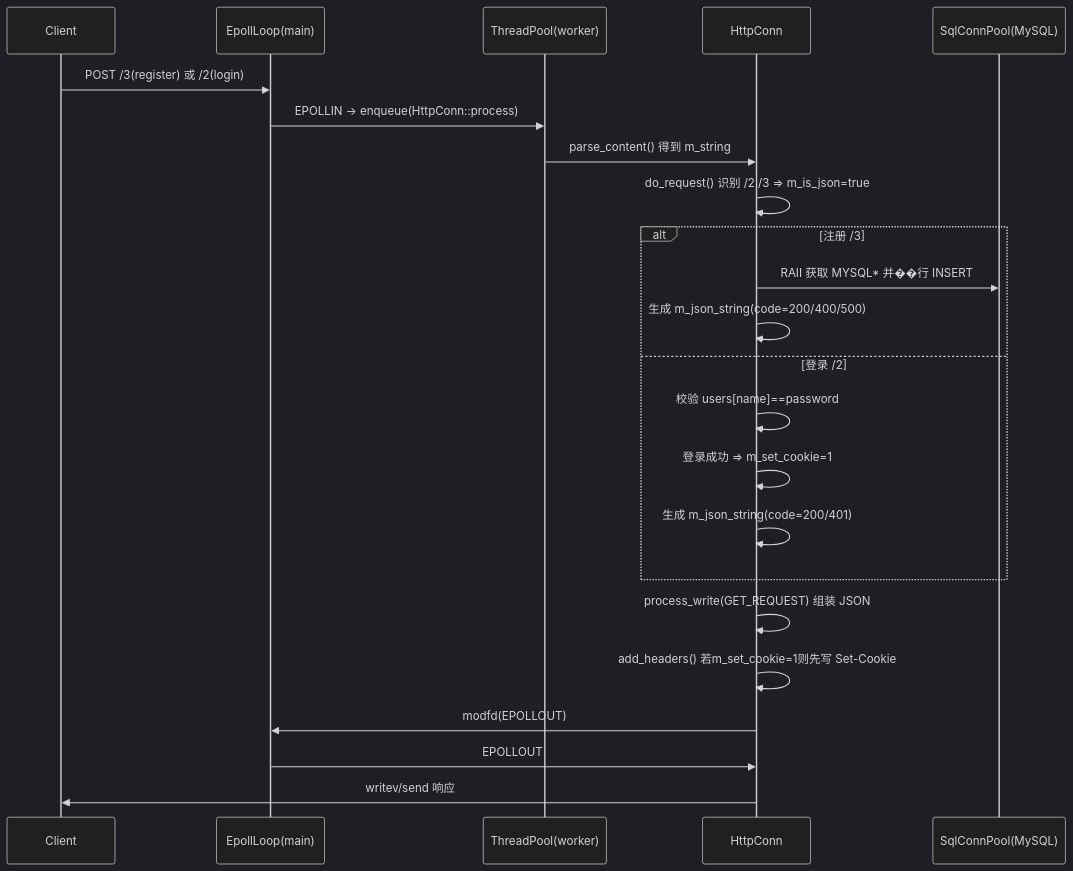
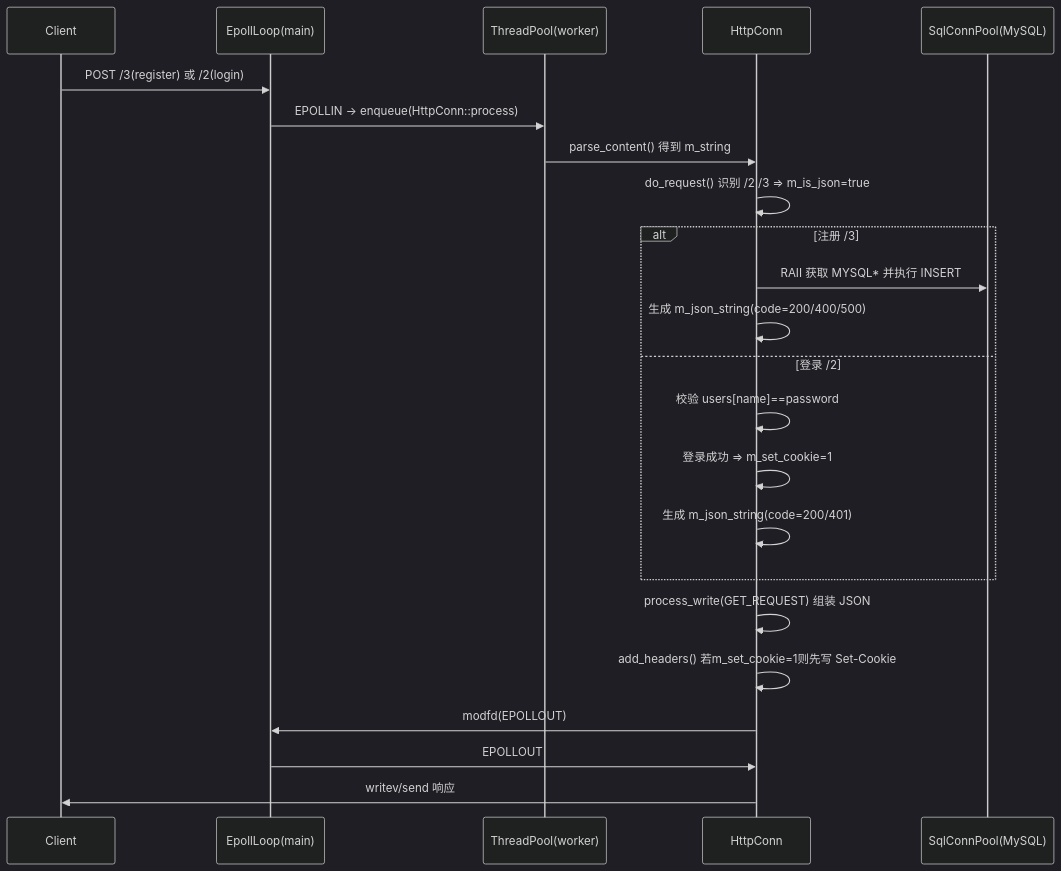
One commit to Paris-cyx/TinyWebServer-Learning changed the sixth of 8 diagrams in docs/design.md. Above: the diagram before and after it, drawn with Mermaid (dark theme). The commit also changed other lines of this file, not shown here.

Commit message:
Fix Mermaid sequence diagrams (GET/upload) and add main flowchart

````diff
--- a/docs/design.md
+++ b/docs/design.md
@@ -194,28 +194,28 @@
 ```mermaid
 sequenceDiagram
   participant C as Client
   participant E as EpollLoop(main)
   participant T as ThreadPool(worker)
   participant H as HttpConn
   participant P as SqlConnPool(MySQL)
 
   C->>E: POST /3(register) 或 /2(login)
   E->>T: EPOLLIN -> enqueue(HttpConn::process)
   T->>H: parse_content() 得到 m_string
   H->>H: do_request() 识别 /2 /3 => m_is_json=true
 
   alt 注册 /3
-    H->>P: RAII 获取 MYSQL* 并��行 INSERT
+    H->>P: RAII 获取 MYSQL* 并执行 INSERT
     H->>H: 生成 m_json_string(code=200/400/500)
   else 登录 /2
     H->>H: 校验 users[name]==password
     H->>H: 登录成功 => m_set_cookie=1
     H->>H: 生成 m_json_string(code=200/401)
   end
 
   H->>H: process_write(GET_REQUEST) 组装 JSON
   H->>H: add_headers() 若m_set_cookie=1则先写 Set-Cookie
   H->>E: modfd(EPOLLOUT)
   E->>H: EPOLLOUT
   H->>C: writev/send 响应
 ```
````
